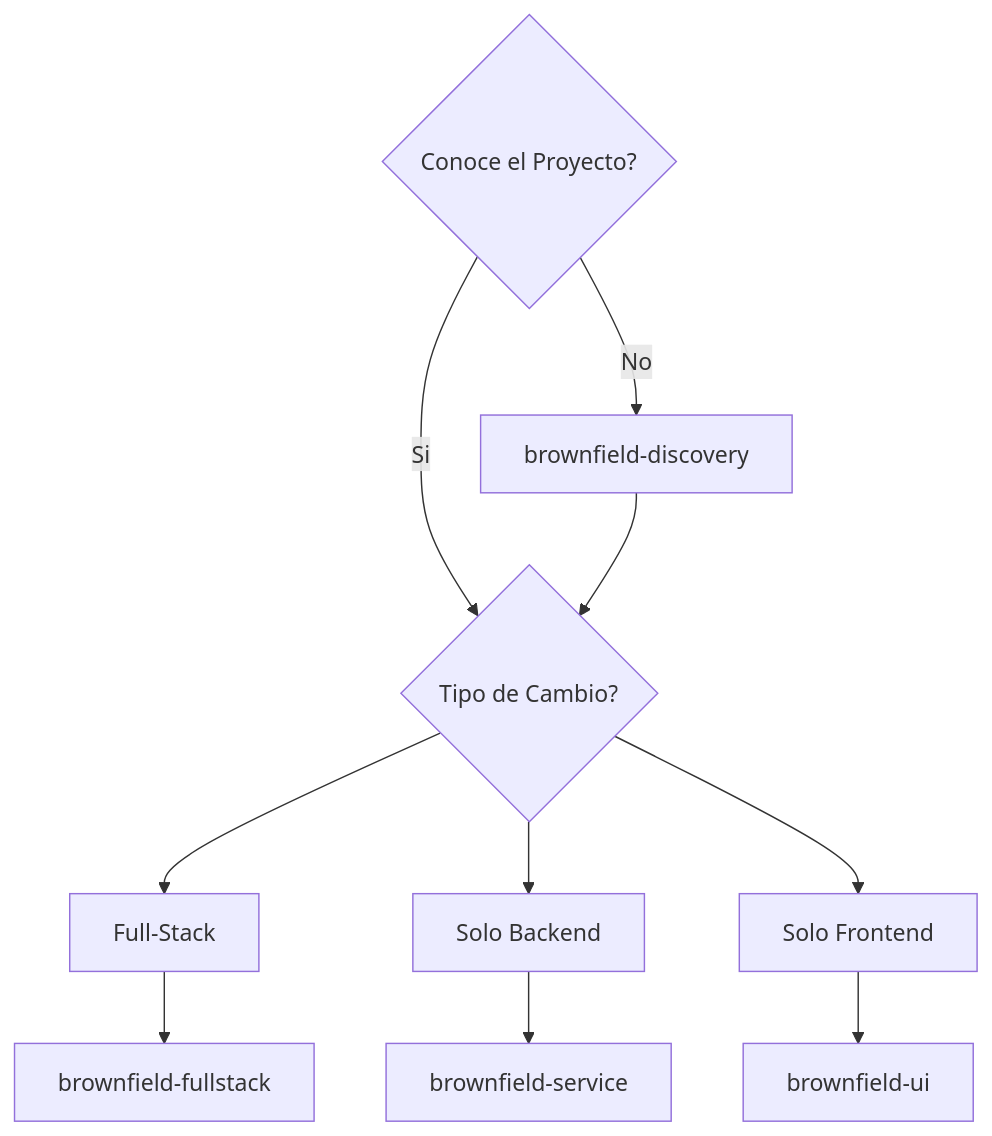
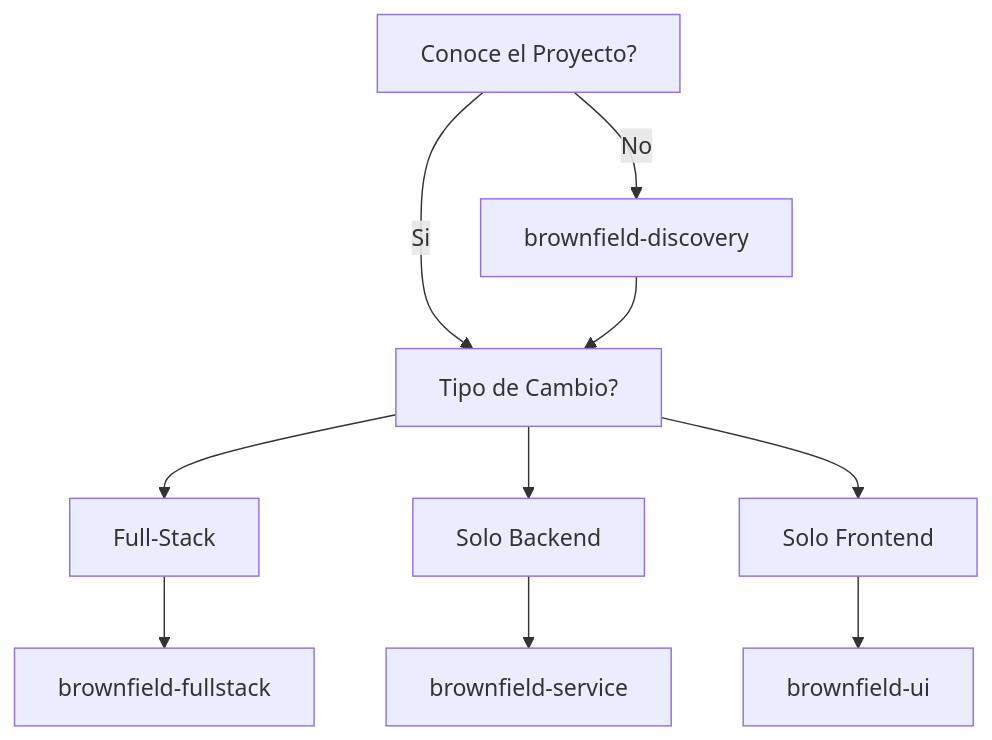
The third of 3 diagrams in content/es/docs/aios-workflows/README.mdx (bychrisr/aios-docs), drawn with Mermaid before and after one commit. The commit also changed other lines of this file and 40 other files, not shown here.

````diff
--- a/content/es/docs/aios-workflows/README.mdx
+++ b/content/es/docs/aios-workflows/README.mdx
@@ -176,15 +176,15 @@
 ```mermaid
 flowchart TD
-    A{Conoce el Proyecto?} --> |No| B[brownfield-discovery]
-    A --> |Si| C{Tipo de Cambio?}
+    A[Conoce el Proyecto?] --> |No| B[brownfield-discovery]
+    A --> |Si| C[Tipo de Cambio?]
 
     B --> C
 
     C --> D[Full-Stack]
     C --> E[Solo Backend]
     C --> F[Solo Frontend]
 
     D --> G[brownfield-fullstack]
     E --> H[brownfield-service]
     F --> I[brownfield-ui]
 ```
````
